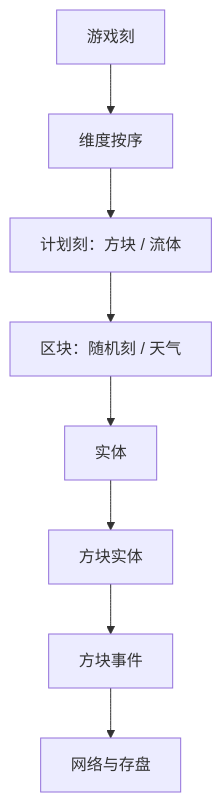
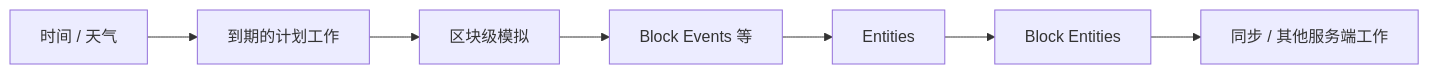
Before and after one commit to Dreamtowards/Thinking-In-Minecraft: the third of 3 diagrams in docs/impl/(part2)/tick.mdx, drawn with Mermaid. The commit also changed other lines of this file and 3 other files, not shown here.

````diff
--- a/docs/impl/(part2)/tick.mdx
+++ b/docs/impl/(part2)/tick.mdx
@@ -76,10 +275,9 @@
 ```mermaid
-flowchart TB
-  G["游戏刻"] --> D["维度按序"]
-  D --> S["计划刻：方块 / 流体"]
-  S --> C["区块：随机刻 / 天气"]
-  C --> E["实体"]
-  E --> B["方块实体"]
-  B --> Ev["方块事件"]
-  Ev --> N["网络与存盘"]
+flowchart LR
+  Time["时间 / 天气"] --> Pending["到期的计划工作"]
+  Pending --> Chunks["区块级模拟"]
+  Chunks --> Events["Block Events 等"]
+  Events --> Entities["Entities"]
+  Entities --> BlockEntities["Block Entities"]
+  BlockEntities --> Sync["同步 / 其他服务端工作"]
 ```
````
